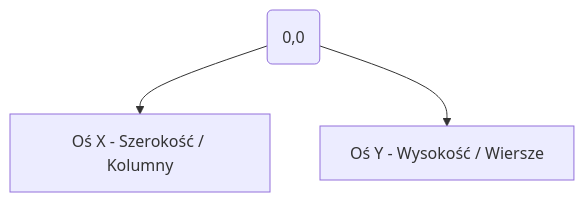
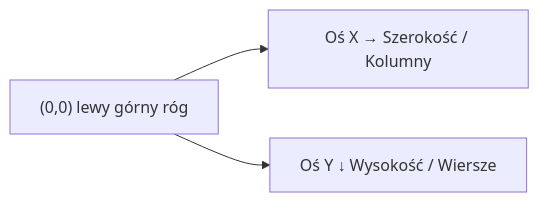
The first of 4 diagrams in lectures/01_introduction.md (zacniewski/digital-image-processing-exercises), drawn with Mermaid before and after one commit. The commit also changed other lines of this file and 6 other files, not shown here.

````diff
--- a/lectures/01_introduction.md
+++ b/lectures/01_introduction.md
@@ -15,5 +35,5 @@
 ```mermaid
-graph TD
-    Origin(0,0) --> X[Oś X - Szerokość / Kolumny]
-    Origin --> Y[Oś Y - Wysokość / Wiersze]
+graph LR
+    Origin["(0,0) lewy górny róg"] --> X["Oś X → Szerokość / Kolumny"]
+    Origin --> Y["Oś Y ↓ Wysokość / Wiersze"]
 ```
````
